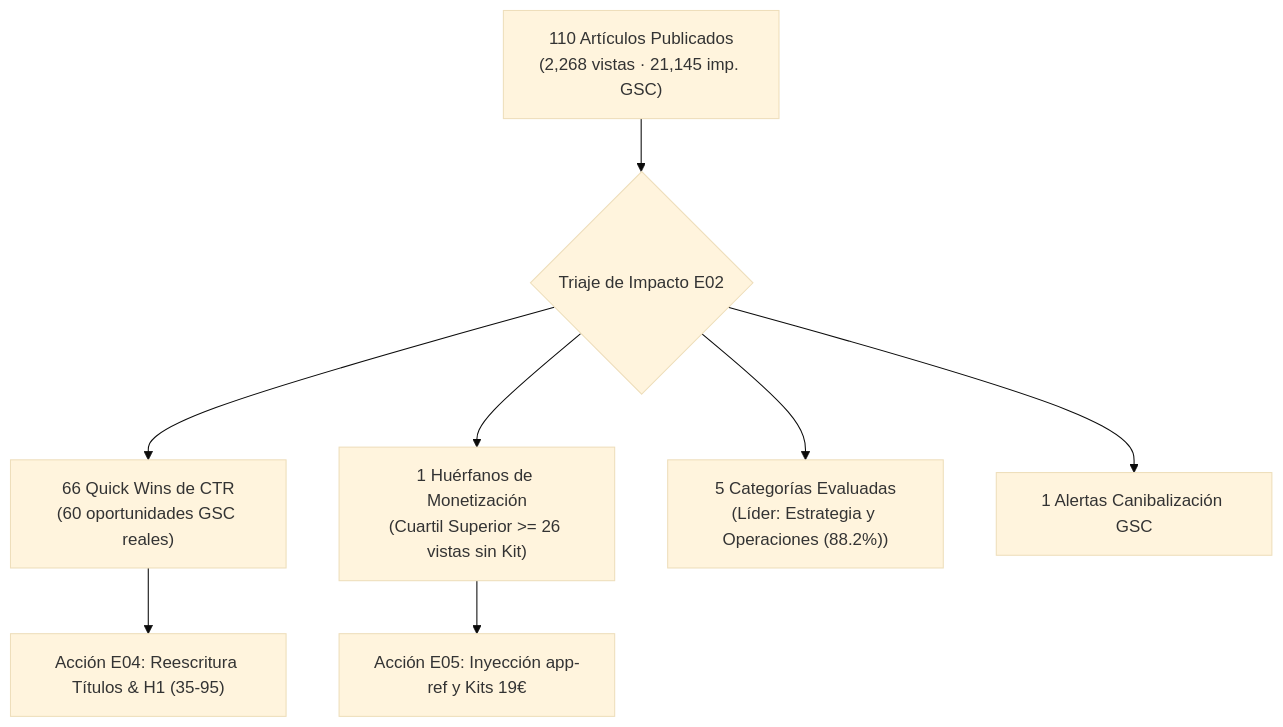
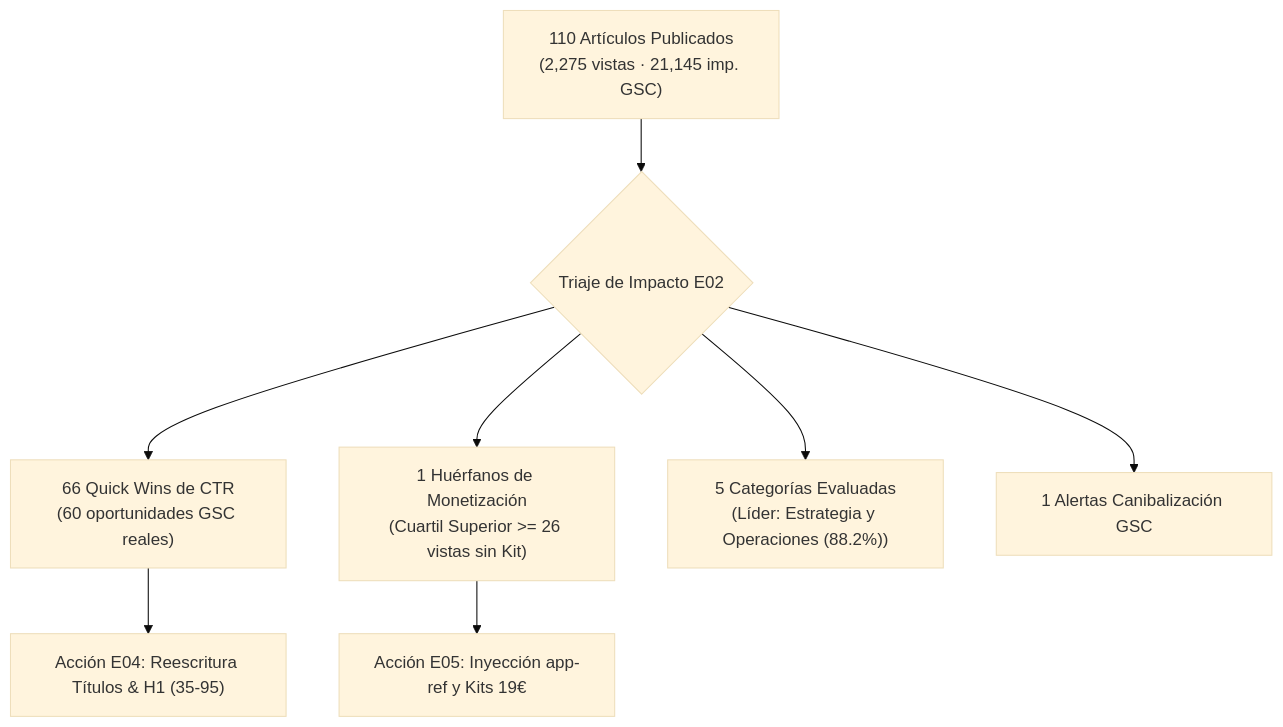
The diagram in specs/audit/IMPACT_REPORT.md (Dalaez/datalaria-website), drawn with Mermaid (base theme) before and after one commit. The commit also changed other lines of this file and 9 other files, not shown here.

````diff
--- a/specs/audit/IMPACT_REPORT.md
+++ b/specs/audit/IMPACT_REPORT.md
@@ -23,10 +23,10 @@
 ```mermaid
 flowchart TD
-    A["110 Artículos Publicados\n(2,268 vistas · 21,145 imp. GSC)"] --> B{"Triaje de Impacto E02"}
+    A["110 Artículos Publicados\n(2,275 vistas · 21,145 imp. GSC)"] --> B{"Triaje de Impacto E02"}
     B --> C["66 Quick Wins de CTR\n(60 oportunidades GSC reales)"]
     B --> D["1 Huérfanos de Monetización\n(Cuartil Superior >= 26 vistas sin Kit)"]
     B --> E["5 Categorías Evaluadas\n(Líder: Estrategia y Operaciones (88.2%))"]
     B --> H["1 Alertas Canibalización GSC"]
     C --> F["Acción E04: Reescritura Títulos & H1 (35-95)"]
     D --> G["Acción E05: Inyección app-ref y Kits 19€"]
 ```
````
